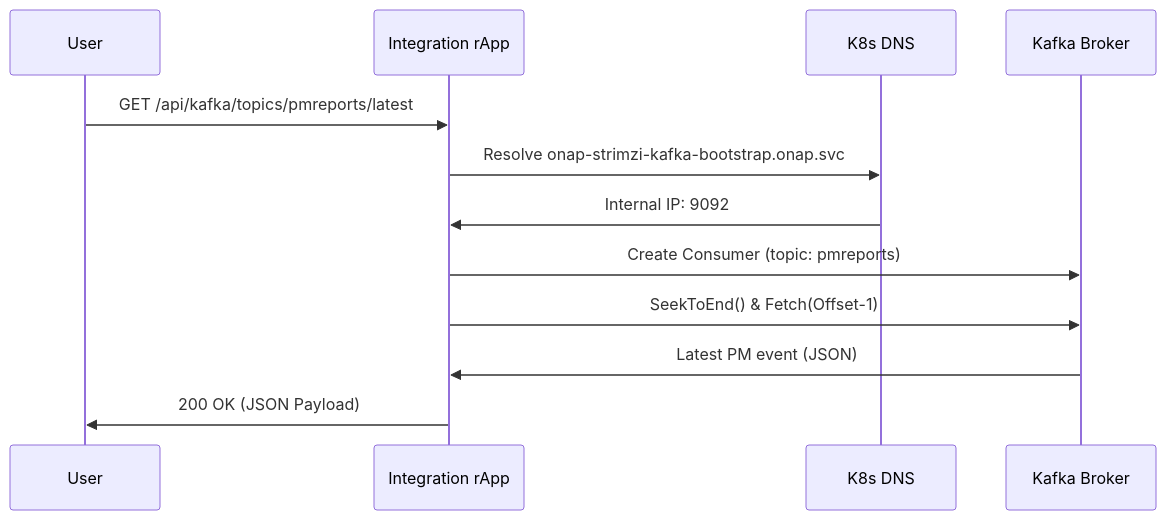
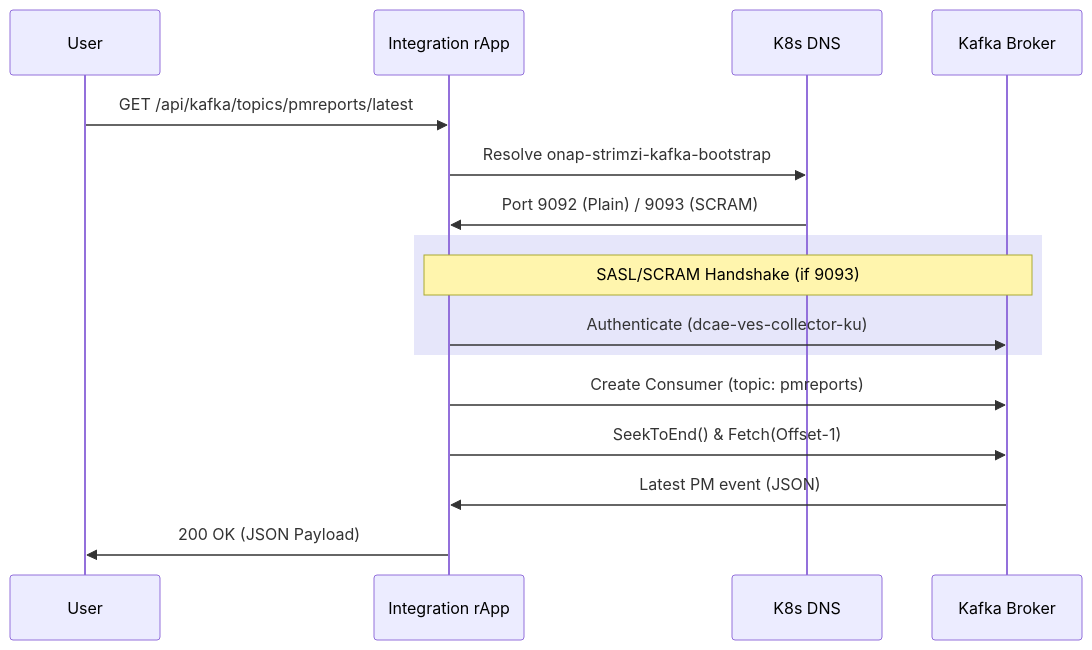
Before and after one commit to sknrao/oransc-sanity: the fourth of 6 diagrams in agnik/integration-rapp/architecture.md, drawn with Mermaid. The commit also changed other lines of this file and 5 other files, not shown here.

````diff
--- a/agnik/integration-rapp/architecture.md
+++ b/agnik/integration-rapp/architecture.md
@@ -116,17 +116,22 @@
 ```mermaid
 sequenceDiagram
     participant UI as User
     participant App as Integration rApp
     participant K8s as K8s DNS
     participant Kafka as Kafka Broker
 
     UI->>App: GET /api/kafka/topics/pmreports/latest
-    App->>K8s: Resolve onap-strimzi-kafka-bootstrap.onap.svc
-    K8s->>App: Internal IP: 9092
+    App->>K8s: Resolve onap-strimzi-kafka-bootstrap
+    K8s->>App: Port 9092 (Plain) / 9093 (SCRAM)
     
+    rect rgb(230, 230, 250)
+    Note over App, Kafka: SASL/SCRAM Handshake (if 9093)
+    App->>Kafka: Authenticate (dcae-ves-collector-ku)
+    end
+
     App->>Kafka: Create Consumer (topic: pmreports)
     App->>Kafka: SeekToEnd() & Fetch(Offset-1)
     Kafka->>App: Latest PM event (JSON)
     
     App->>UI: 200 OK (JSON Payload)
 ```
````
